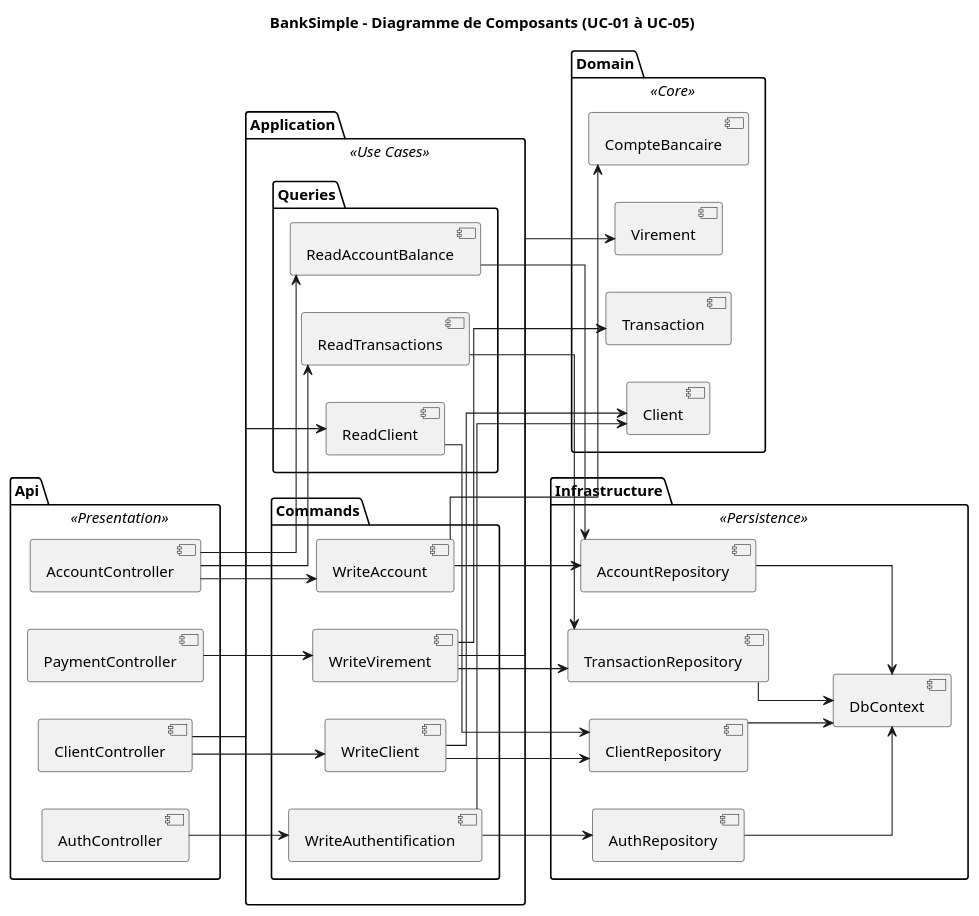
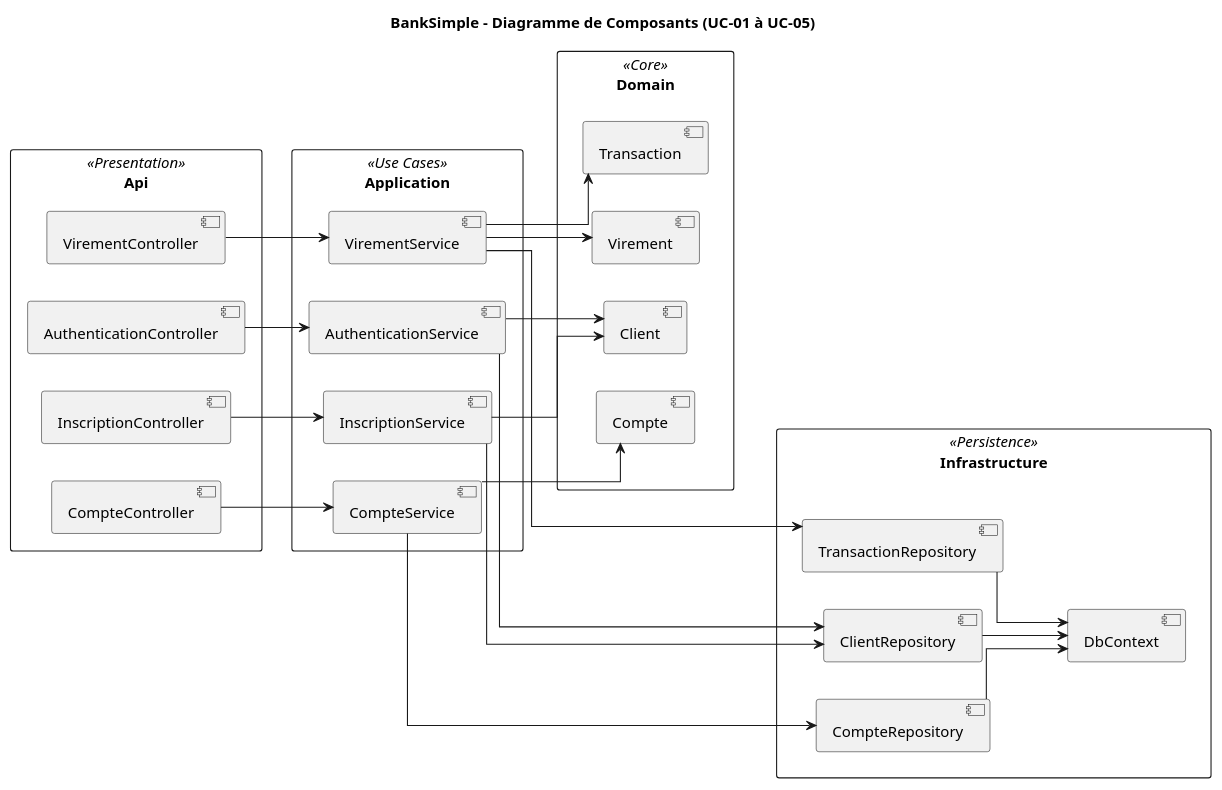
Before and after one commit to Toksunus/banksimple: the diagram in PlantUML/composant.puml, drawn with PlantUML. The commit also changed 7 other files, not shown here.

```diff
--- a/PlantUML/composant.puml
+++ b/PlantUML/composant.puml
@@ -1,78 +1,64 @@
 @startuml composant
 title BankSimple - Diagramme de Composants (UC-01 à UC-05)
 
 left to right direction
 skinparam linetype ortho
+skinparam packageStyle rectangle
 
 package "Api" <<Presentation>> {
-    [ClientController]
-    [AuthController]
-    [AccountController]
-    [PaymentController]
+    [InscriptionController]
+    [AuthenticationController]
+    [CompteController]
+    [VirementController]
 }
 
 package "Application" <<Use Cases>> {
-    package "Commands" {
-        [WriteClient]
-        [WriteAuthentification]
-        [WriteAccount]
-        [WriteVirement]
-    }
-    package "Queries" {
-        [ReadClient]
-        [ReadAccountBalance]
-        [ReadTransactions]
-    }
+    [InscriptionService]
+    [AuthenticationService]
+    [CompteService]
+    [VirementService]
 }
 
 package "Domain" <<Core>> {
     [Client]
-    [CompteBancaire]
+    [Compte]
     [Virement]
     [Transaction]
 }
 
 package "Infrastructure" <<Persistence>> {
     [ClientRepository]
-    [AuthRepository]
-    [AccountRepository]
+    [CompteRepository]
     [TransactionRepository]
     database [DbContext]
 }
 
-' UC-01/02 — Auth
-[AuthController] --> [WriteAuthentification]
-[WriteAuthentification] --> [Client]
-[WriteAuthentification] --> [AuthRepository]
+Domain -[hidden]down-> Infrastructure
 
 ' UC-01 — Inscription
-[ClientController] --> [WriteClient]
-[WriteClient] --> [Client]
-[WriteClient] --> [ClientRepository]
-[ClientController] --> [ReadClient]
-[ReadClient] --> [ClientRepository]
+[InscriptionController] --> [InscriptionService]
+[InscriptionService] --> [Client]
+[InscriptionService] --> [ClientRepository]
 
-' UC-03 — Ouverture de compte
-[AccountController] --> [WriteAccount]
-[WriteAccount] --> [CompteBancaire]
-[WriteAccount] --> [AccountRepository]
+' UC-02 — Authentification
+[AuthenticationController] --> [AuthenticationService]
+[AuthenticationService] --> [Client]
+[AuthenticationService] --> [ClientRepository]
 
-' UC-04 — Consultation
-[AccountController] --> [ReadAccountBalance]
-[ReadAccountBalance] --> [AccountRepository]
-[AccountController] --> [ReadTransactions]
-[ReadTransactions] --> [TransactionRepository]
+' UC-03 & UC-04 — Compte
+[CompteController] --> [CompteService]
+[CompteService] --> [Compte]
+[CompteService] --> [CompteRepository]
 
 ' UC-05 — Virement
-[PaymentController] --> [WriteVirement]
-[WriteVirement] --> [Virement]
-[WriteVirement] --> [Transaction]
-[WriteVirement] --> [TransactionRepository]
+[VirementController] --> [VirementService]
+[VirementService] --> [Virement]
+[VirementService] --> [Transaction]
+[VirementService] --> [TransactionRepository]
 
 ' Infrastructure
 [ClientRepository] --> [DbContext]
-[AuthRepository] --> [DbContext]
-[AccountRepository] --> [DbContext]
+[CompteRepository] --> [DbContext]
 [TransactionRepository] --> [DbContext]
 
 @enduml
```
